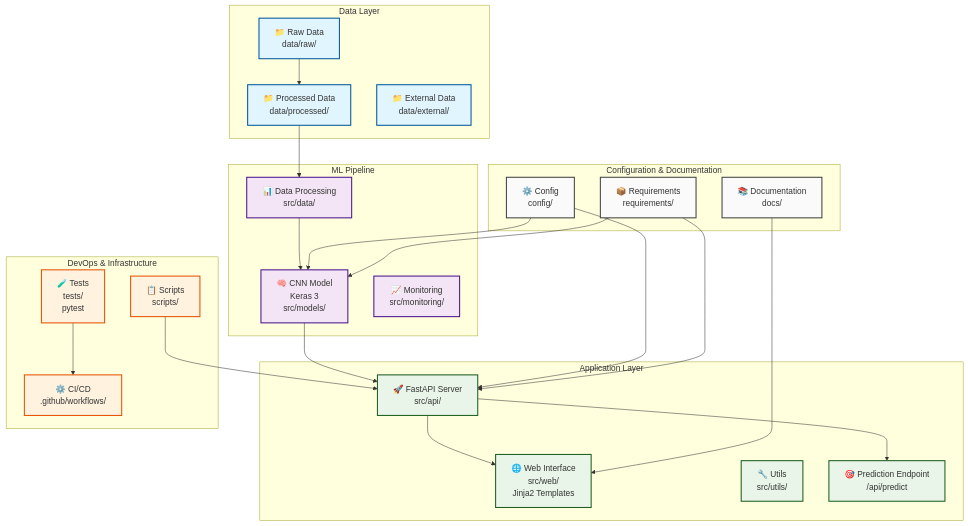
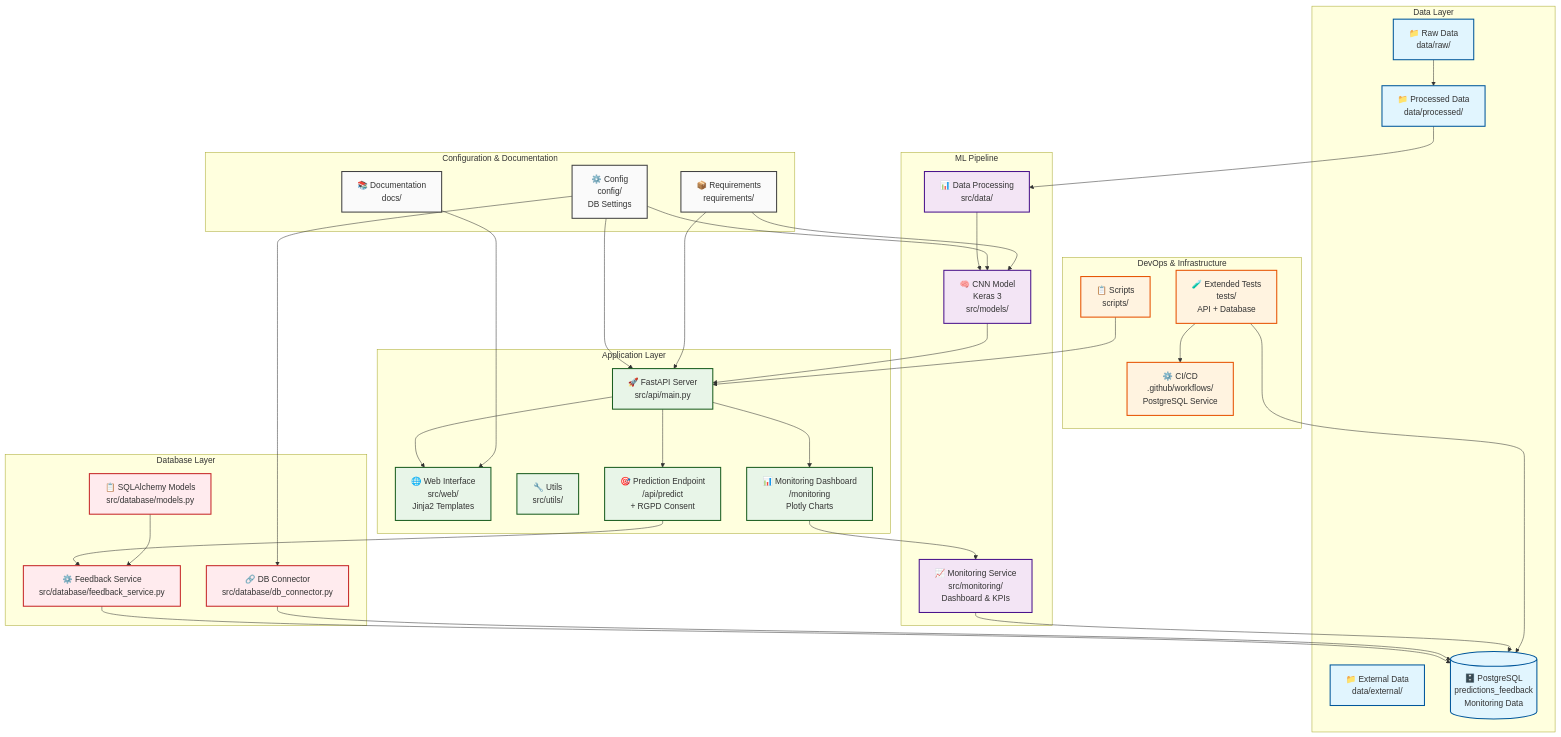
Before and after one commit to remijul/computer-vision-cats-and-dogs-v2: the diagram in README.md, drawn with Mermaid. The commit also changed other lines of this file and 3 other files, not shown here.

````diff
--- a/README.md
+++ b/README.md
@@ -36,50 +49,66 @@
     subgraph "Data Layer"
         A[📁 Raw Data<br/>data/raw/] --> B[📁 Processed Data<br/>data/processed/]
         C[📁 External Data<br/>data/external/]
+        DB[(🗄️ PostgreSQL<br/>predictions_feedback<br/>Monitoring Data)]
     end
     
     subgraph "ML Pipeline"
         D[🧠 CNN Model<br/>Keras 3<br/>src/models/] 
         E[📊 Data Processing<br/>src/data/]
-        F[📈 Monitoring<br/>src/monitoring/]
+        F[📈 Monitoring Service<br/>src/monitoring/<br/>Dashboard & KPIs]
+    end
+    
+    subgraph "Database Layer"
+        DBConn[🔗 DB Connector<br/>src/database/db_connector.py]
+        DBModels[📋 SQLAlchemy Models<br/>src/database/models.py]
+        DBService[⚙️ Feedback Service<br/>src/database/feedback_service.py]
     end
     
     subgraph "Application Layer"
-        G[🚀 FastAPI Server<br/>src/api/]
+        G[🚀 FastAPI Server<br/>src/api/main.py]
         H[🌐 Web Interface<br/>src/web/<br/>Jinja2 Templates]
         I[🔧 Utils<br/>src/utils/]
-        R[🎯 Prediction Endpoint<br/>/api/predict]
+        R[🎯 Prediction Endpoint<br/>/api/predict<br/>+ RGPD Consent]
+        MON[📊 Monitoring Dashboard<br/>/monitoring<br/>Plotly Charts]
     end
     
     subgraph "DevOps & Infrastructure"
-        K[⚙️ CI/CD<br/>.github/workflows/]
+        K[⚙️ CI/CD<br/>.github/workflows/<br/>PostgreSQL Service]
         L[📋 Scripts<br/>scripts/]
-        M[🧪 Tests<br/>tests/<br/>pytest]
+        M[🧪 Extended Tests<br/>tests/<br/>API + Database]
     end
     
     subgraph "Configuration & Documentation"
-        N[⚙️ Config<br/>config/]
+        N[⚙️ Config<br/>config/<br/>DB Settings]
         O[📚 Documentation<br/>docs/]
         Q[📦 Requirements<br/>requirements/]    
     end
     
-    %% Data Flow
+    %% Data Flow V2
     B --> E
     E --> D
     D --> G
     G --> H
     G --> R
+    G --> MON
     
-    %% API Routes
-    %%G -.->|/api/predict| R[🎯 Prediction<br/>Endpoint]
+    %% Database Integration
+    R --> DBService
+    DBService --> DB
+    DBConn --> DB
+    DBModels --> DBService
+    F --> DB
+    MON --> F
     
-    %% DevOps Integration
+    %% Enhanced DevOps
     M --> K
+    M --> DB
     L --> G
     
     %% Configuration
     N --> G
     N --> D
+    N --> DBConn
     Q --> G
     Q --> D
     
@@ -92,10 +121,12 @@
     classDef appClass fill:#e8f5e8,stroke:#1b5e20,stroke-width:2px
     classDef devopsClass fill:#fff3e0,stroke:#e65100,stroke-width:2px
     classDef configClass fill:#fafafa,stroke:#424242,stroke-width:2px
+    classDef dbClass fill:#ffebee,stroke:#c62828,stroke-width:2px
     
-    class A,B,C dataClass
+    class A,B,C,DB dataClass
     class D,E,F mlClass
-    class G,H,I,R appClass
+    class G,H,I,R,MON appClass
     class K,L,M devopsClass
     class N,O,Q configClass
+    class DBConn,DBModels,DBService dbClass
 ```
````
